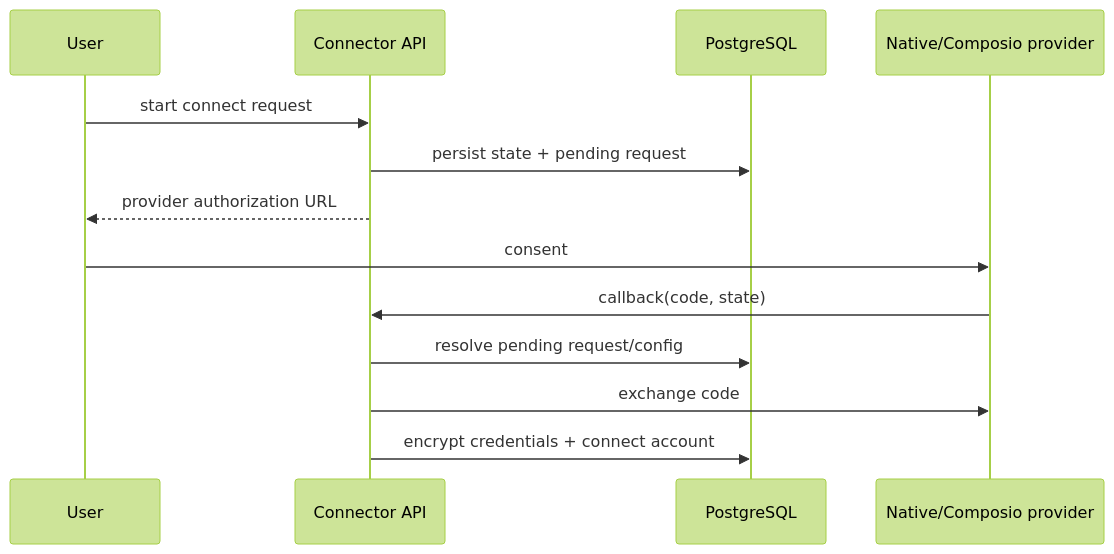
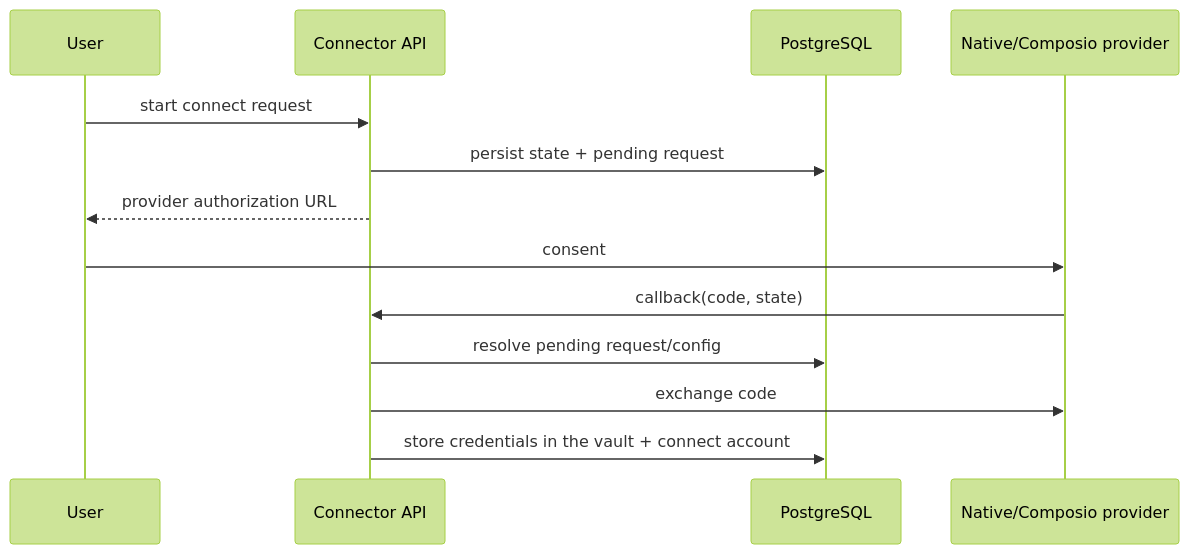
The diagram in lemma-backend/docs/modules/connectors.md (lemma-work/lemma-platform), drawn with Mermaid (forest theme) before and after one commit. The commit also changed other lines of this file and 145 other files, not shown here.

````diff
--- a/lemma-backend/docs/modules/connectors.md
+++ b/lemma-backend/docs/modules/connectors.md
@@ -64,15 +64,15 @@
 ```mermaid
 sequenceDiagram
     participant U as User
     participant API as Connector API
     participant DB as PostgreSQL
     participant P as Native/Composio provider
     U->>API: start connect request
     API->>DB: persist state + pending request
     API-->>U: provider authorization URL
     U->>P: consent
     P->>API: callback(code, state)
     API->>DB: resolve pending request/config
     API->>P: exchange code
-    API->>DB: encrypt credentials + connect account
+    API->>DB: store credentials in the vault + connect account
 ```
````
